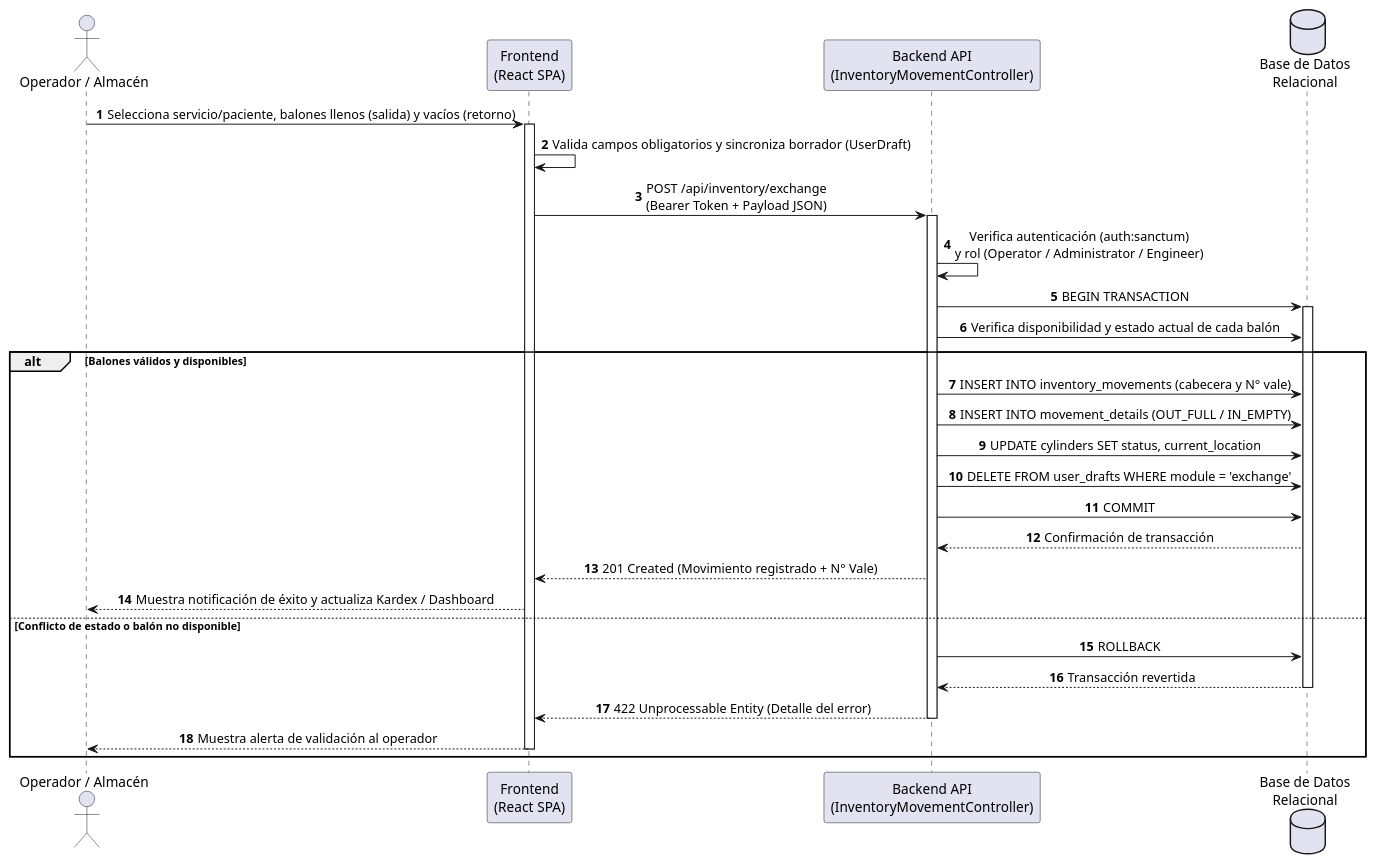
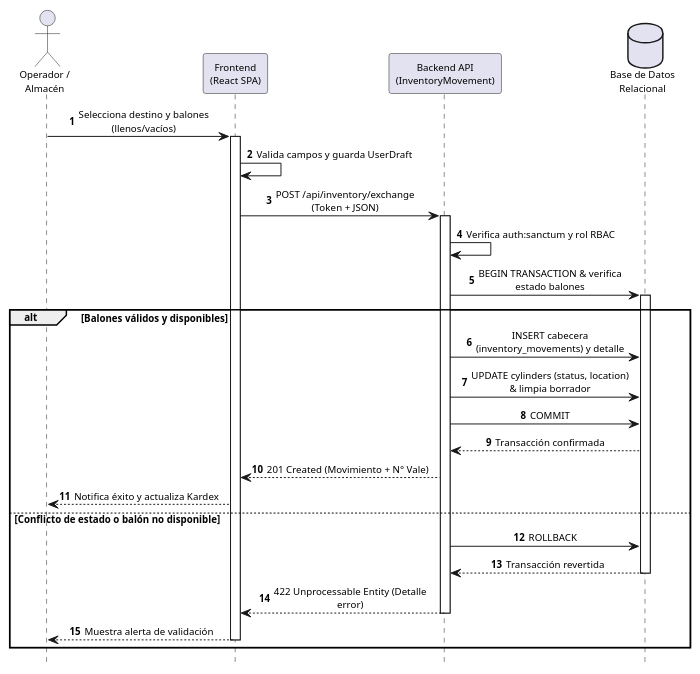
One commit to MrBombini/Gestion-de-Almacen-Essalud- changed the third of 7 diagrams in docs/Documentacion/PLANIFICACION_PROYECTO_3.2.md. Above: the diagram before and after it, drawn with PlantUML. The commit also changed other lines of this file and 2 other files, not shown here.

Commit message:
documentacion, diagramas

````diff
--- a/docs/Documentacion/PLANIFICACION_PROYECTO_3.2.md
+++ b/docs/Documentacion/PLANIFICACION_PROYECTO_3.2.md
@@ -626,44 +637,47 @@
 ```plantuml
 @startuml Secuencia_Canje_Balones_EsSalud
 autonumber
+hide footbox
 skinparam defaultFontName Arial
+skinparam defaultFontSize 10
 skinparam shadowing false
 skinparam sequenceMessageAlign center
+skinparam ParticipantPadding 8
+skinparam BoxPadding 4
+skinparam maxMessageSize 170
+scale max 720 width
 
-actor "Operador / Almacén" as Op
+actor "Operador /\nAlmacén" as Op
 participant "Frontend\n(React SPA)" as SPA
-participant "Backend API\n(InventoryMovementController)" as API
+participant "Backend API\n(InventoryMovement)" as API
 database "Base de Datos\nRelacional" as DB
 
-Op -> SPA : Selecciona servicio/paciente, balones llenos (salida) y vacíos (retorno)
+Op -> SPA : Selecciona destino y balones (llenos/vacíos)
 activate SPA
-SPA -> SPA : Valida campos obligatorios y sincroniza borrador (UserDraft)
-SPA -> API : POST /api/inventory/exchange\n(Bearer Token + Payload JSON)
+SPA -> SPA : Valida campos y guarda UserDraft
+SPA -> API : POST /api/inventory/exchange (Token + JSON)
 activate API
 
-API -> API : Verifica autenticación (auth:sanctum)\ny rol (Operator / Administrator / Engineer)
-API -> DB : BEGIN TRANSACTION
+API -> API : Verifica auth:sanctum y rol RBAC
+API -> DB : BEGIN TRANSACTION & verifica estado balones
 activate DB
-API -> DB : Verifica disponibilidad y estado actual de cada balón
 
 alt Balones válidos y disponibles
-    API -> DB : INSERT INTO inventory_movements (cabecera y N° vale)
-    API -> DB : INSERT INTO movement_details (OUT_FULL / IN_EMPTY)
-    API -> DB : UPDATE cylinders SET status, current_location
-    API -> DB : DELETE FROM user_drafts WHERE module = 'exchange'
+    API -> DB : INSERT cabecera (inventory_movements) y detalle
+    API -> DB : UPDATE cylinders (status, location) & limpia borrador
     API -> DB : COMMIT
-    DB --> API : Confirmación de transacción
-    API --> SPA : 201 Created (Movimiento registrado + N° Vale)
-    SPA --> Op : Muestra notificación de éxito y actualiza Kardex / Dashboard
+    DB --> API : Transacción confirmada
+    API --> SPA : 201 Created (Movimiento + N° Vale)
+    SPA --> Op : Notifica éxito y actualiza Kardex
 else Conflicto de estado o balón no disponible
     API -> DB : ROLLBACK
     DB --> API : Transacción revertida
     deactivate DB
-    API --> SPA : 422 Unprocessable Entity (Detalle del error)
+    API --> SPA : 422 Unprocessable Entity (Detalle error)
     deactivate API
-    SPA --> Op : Muestra alerta de validación al operador
+    SPA --> Op : Muestra alerta de validación
     deactivate SPA
 end
 
 @enduml
 ```
````
